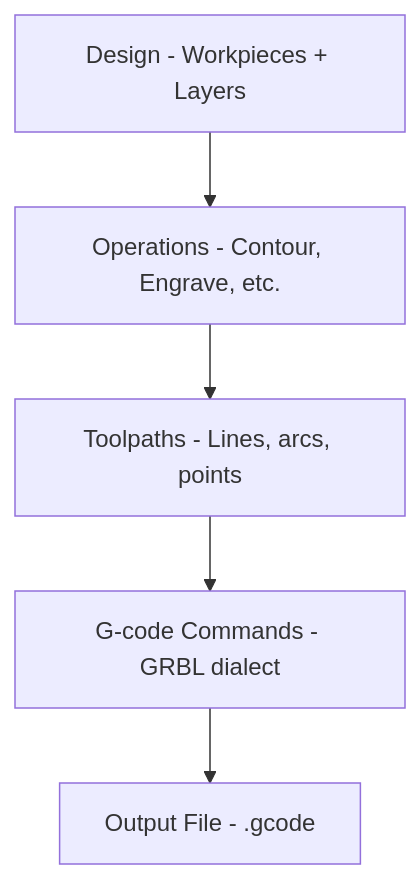
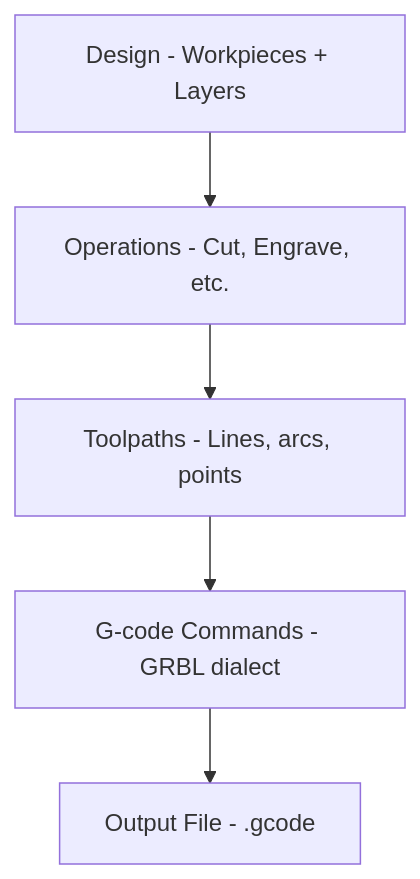
The diagram in website/docs/general-info/gcode-basics.md (martincald/rayforge), drawn with Mermaid before and after one commit. The commit also changed 102 other files, not shown here.

First line of the commit message:
feat(steps): step types are Cut, Engrave, Scan and Frame

````diff
--- a/website/docs/general-info/gcode-basics.md
+++ b/website/docs/general-info/gcode-basics.md
@@ -13,7 +13,7 @@
 ```mermaid
 flowchart TD
-    A[Design - Workpieces + Layers] --> B[Operations - Contour, Engrave, etc.]
+    A[Design - Workpieces + Layers] --> B[Operations - Cut, Engrave, etc.]
     B --> C[Toolpaths - Lines, arcs, points]
     C --> D[G-code Commands - GRBL dialect]
     D --> E[Output File - .gcode]
 ```
````
